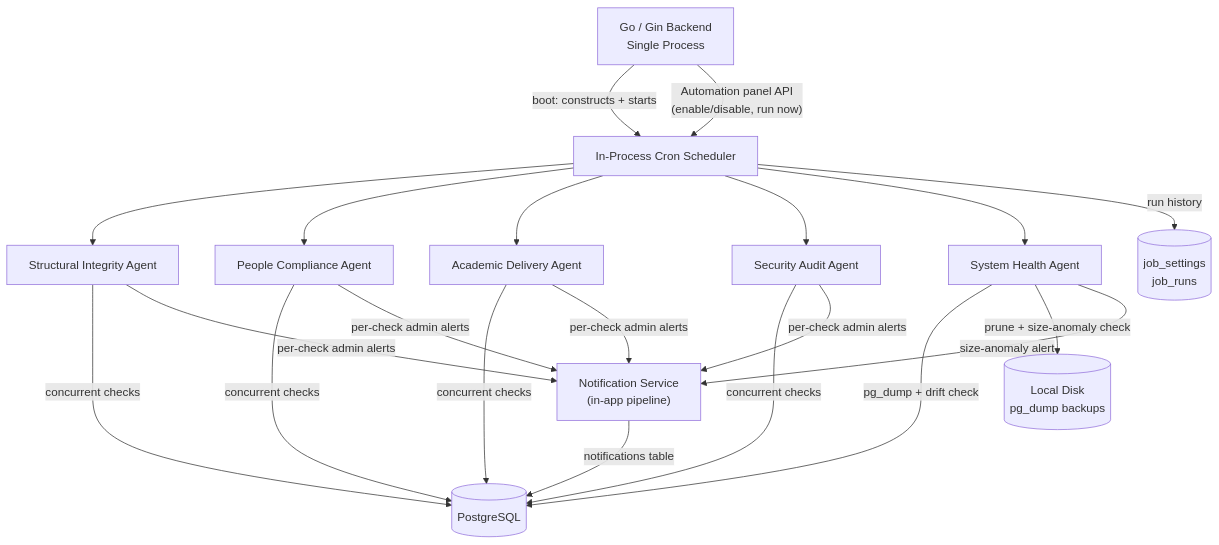
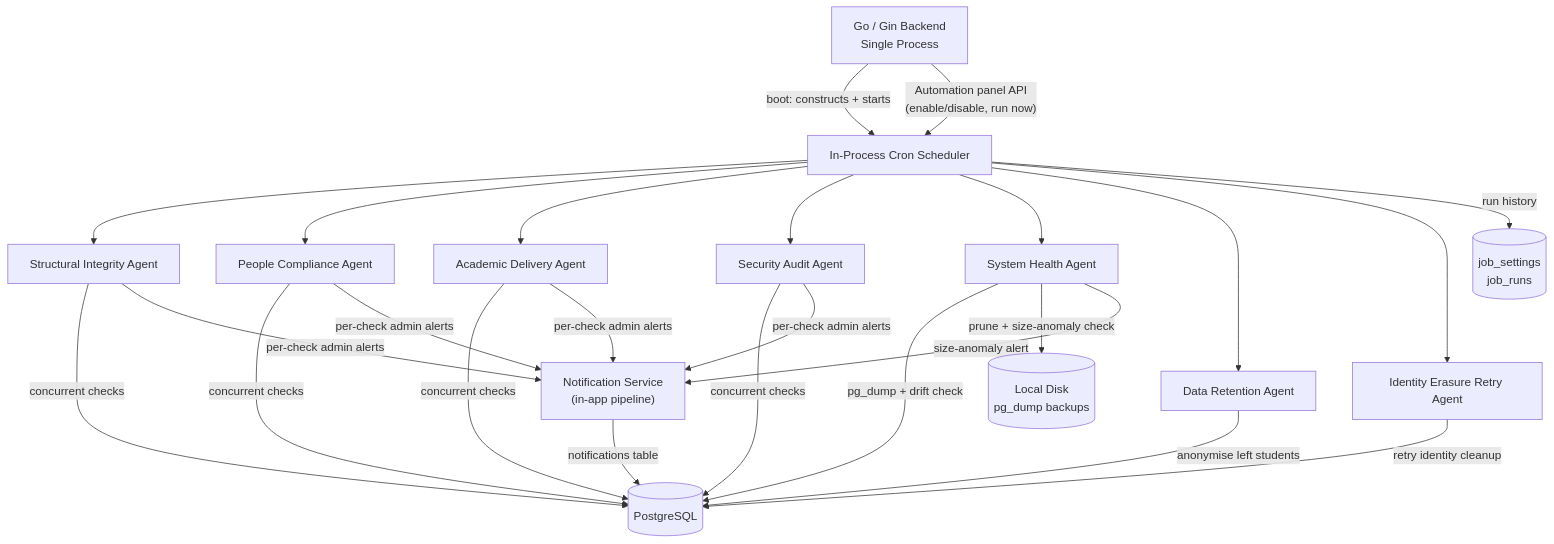
The third of 4 diagrams in docs/ARCHITECTURE.md (openschool-org/openschool), drawn with Mermaid before and after one commit. The commit also changed other lines of this file and 8 other files, not shown here.

````diff
--- a/docs/ARCHITECTURE.md
+++ b/docs/ARCHITECTURE.md
@@ -234,40 +245,46 @@
 ```mermaid
 flowchart TD
     API["Go / Gin Backend<br/>Single Process"]
     SCHED["In-Process Cron Scheduler"]
 
     SI["Structural Integrity Agent"]
     PC["People Compliance Agent"]
     AD["Academic Delivery Agent"]
     SA["Security Audit Agent"]
     SH["System Health Agent"]
+    DR["Data Retention Agent"]
+    IE["Identity Erasure Retry Agent"]
 
     DB[("PostgreSQL")]
     RUNS[("job_settings<br/>job_runs")]
     NOTIFY["Notification Service<br/>(in-app pipeline)"]
     DISK[("Local Disk<br/>pg_dump backups")]
 
     API -- "boot: constructs + starts" --> SCHED
 
     SCHED --> SI
     SCHED --> PC
     SCHED --> AD
     SCHED --> SA
     SCHED --> SH
+    SCHED --> DR
+    SCHED --> IE
 
     SI -- "concurrent checks" --> DB
     PC -- "concurrent checks" --> DB
     AD -- "concurrent checks" --> DB
     SA -- "concurrent checks" --> DB
     SH -- "pg_dump + drift check" --> DB
     SH -- "prune + size-anomaly check" --> DISK
+    DR -- "anonymise left students" --> DB
+    IE -- "retry identity cleanup" --> DB
 
     SCHED -- "run history" --> RUNS
     SI -- "per-check admin alerts" --> NOTIFY
     PC -- "per-check admin alerts" --> NOTIFY
     AD -- "per-check admin alerts" --> NOTIFY
     SA -- "per-check admin alerts" --> NOTIFY
     SH -- "size-anomaly alert" --> NOTIFY
     NOTIFY -- "notifications table" --> DB
     API -- "Automation panel API<br/>(enable/disable, run now)" --> SCHED
 ```
````
